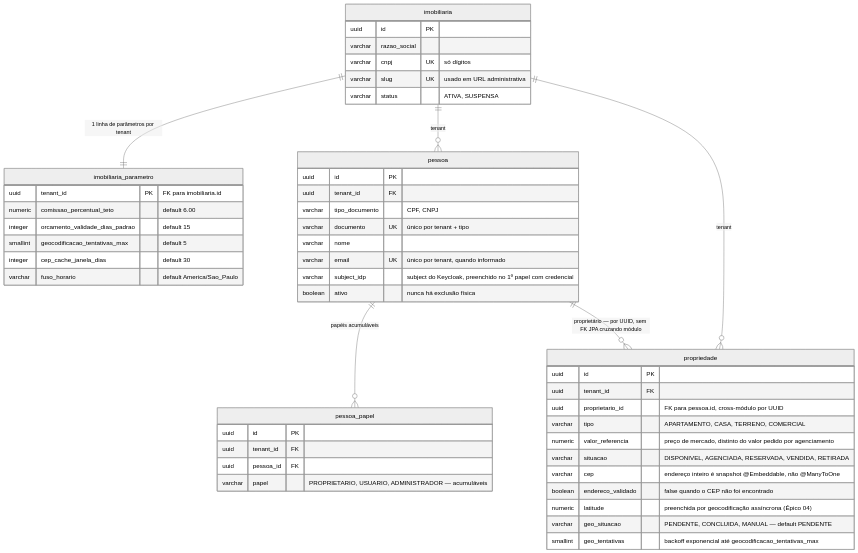
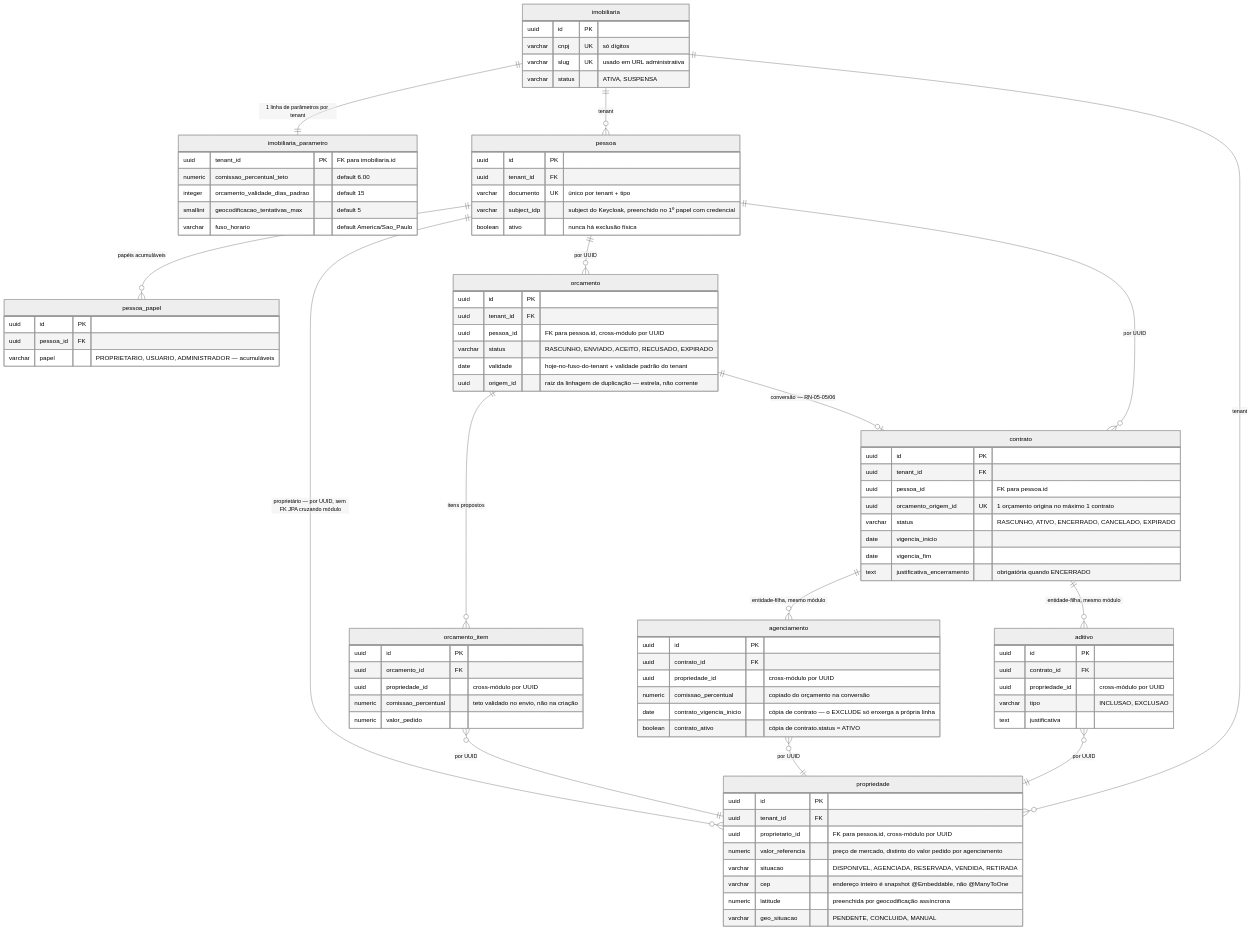
One commit to rockgustavo/imoveisbackSaas changed the diagram in README.md. Above: the diagram before and after it, drawn with Mermaid (neutral theme). The commit also changed other lines of this file and 65 other files, not shown here.

````diff
--- a/README.md
+++ b/README.md
@@ -174,7 +142,6 @@
 erDiagram
     imobiliaria {
         uuid id PK
-        varchar razao_social
         varchar cnpj UK "só dígitos"
         varchar slug UK "usado em URL administrativa"
         varchar status "ATIVA, SUSPENSA"
@@ -185,24 +152,19 @@
         numeric comissao_percentual_teto "default 6.00"
         integer orcamento_validade_dias_padrao "default 15"
         smallint geocodificacao_tentativas_max "default 5"
-        integer cep_cache_janela_dias "default 30"
         varchar fuso_horario "default America/Sao_Paulo"
     }
 
     pessoa {
         uuid id PK
         uuid tenant_id FK
-        varchar tipo_documento "CPF, CNPJ"
         varchar documento UK "único por tenant + tipo"
-        varchar nome
-        varchar email UK "único por tenant, quando informado"
         varchar subject_idp "subject do Keycloak, preenchido no 1º papel com credencial"
         boolean ativo "nunca há exclusão física"
     }
 
     pessoa_papel {
         uuid id PK
-        uuid tenant_id FK
         uuid pessoa_id FK
         varchar papel "PROPRIETARIO, USUARIO, ADMINISTRADOR — acumuláveis"
     }
@@ -211,14 +173,56 @@
         uuid id PK
         uuid tenant_id FK
         uuid proprietario_id "FK para pessoa.id, cross-módulo por UUID"
-        varchar tipo "APARTAMENTO, CASA, TERRENO, COMERCIAL"
         numeric valor_referencia "preço de mercado, distinto do valor pedido por agenciamento"
         varchar situacao "DISPONIVEL, AGENCIADA, RESERVADA, VENDIDA, RETIRADA"
         varchar cep "endereço inteiro é snapshot @Embeddable, não @ManyToOne"
-        boolean endereco_validado "false quando o CEP não foi encontrado"
-        numeric latitude "preenchida por geocodificação assíncrona (Épico 04)"
-        varchar geo_situacao "PENDENTE, CONCLUIDA, MANUAL — default PENDENTE"
-        smallint geo_tentativas "backoff exponencial até geocodificacao_tentativas_max"
+        numeric latitude "preenchida por geocodificação assíncrona"
+        varchar geo_situacao "PENDENTE, CONCLUIDA, MANUAL"
+    }
+
+    orcamento {
+        uuid id PK
+        uuid tenant_id FK
+        uuid pessoa_id "FK para pessoa.id, cross-módulo por UUID"
+        varchar status "RASCUNHO, ENVIADO, ACEITO, RECUSADO, EXPIRADO"
+        date validade "hoje-no-fuso-do-tenant + validade padrão do tenant"
+        uuid origem_id "raiz da linhagem de duplicação — estrela, não corrente"
+    }
+
+    orcamento_item {
+        uuid id PK
+        uuid orcamento_id FK
+        uuid propriedade_id "cross-módulo por UUID"
+        numeric comissao_percentual "teto validado no envio, não na criação"
+        numeric valor_pedido
+    }
+
+    contrato {
+        uuid id PK
+        uuid tenant_id FK
+        uuid pessoa_id "FK para pessoa.id"
+        uuid orcamento_origem_id UK "1 orçamento origina no máximo 1 contrato"
+        varchar status "RASCUNHO, ATIVO, ENCERRADO, CANCELADO, EXPIRADO"
+        date vigencia_inicio
+        date vigencia_fim
+        text justificativa_encerramento "obrigatória quando ENCERRADO"
+    }
+
+    agenciamento {
+        uuid id PK
+        uuid contrato_id FK
+        uuid propriedade_id "cross-módulo por UUID"
+        numeric comissao_percentual "copiado do orçamento na conversão"
+        date contrato_vigencia_inicio "cópia de contrato — o EXCLUDE só enxerga a própria linha"
+        boolean contrato_ativo "cópia de contrato.status = ATIVO"
+    }
+
+    aditivo {
+        uuid id PK
+        uuid contrato_id FK
+        uuid propriedade_id "cross-módulo por UUID"
+        varchar tipo "INCLUSAO, EXCLUSAO"
+        text justificativa
     }
 
     imobiliaria ||--|| imobiliaria_parametro : "1 linha de parâmetros por tenant"
@@ -226,4 +230,13 @@
     imobiliaria ||--o{ propriedade : "tenant"
     pessoa ||--o{ pessoa_papel : "papéis acumuláveis"
     pessoa ||--o{ propriedade : "proprietário — por UUID, sem FK JPA cruzando módulo"
+    pessoa ||--o{ orcamento : "por UUID"
+    pessoa ||--o{ contrato : "por UUID"
+    orcamento ||--o{ orcamento_item : "itens propostos"
+    orcamento_item }o--|| propriedade : "por UUID"
+    orcamento ||--o| contrato : "conversão — RN-05-05/06"
+    contrato ||--o{ agenciamento : "entidade-filha, mesmo módulo"
+    contrato ||--o{ aditivo : "entidade-filha, mesmo módulo"
+    agenciamento }o--|| propriedade : "por UUID"
+    aditivo }o--|| propriedade : "por UUID"
 ```
````
